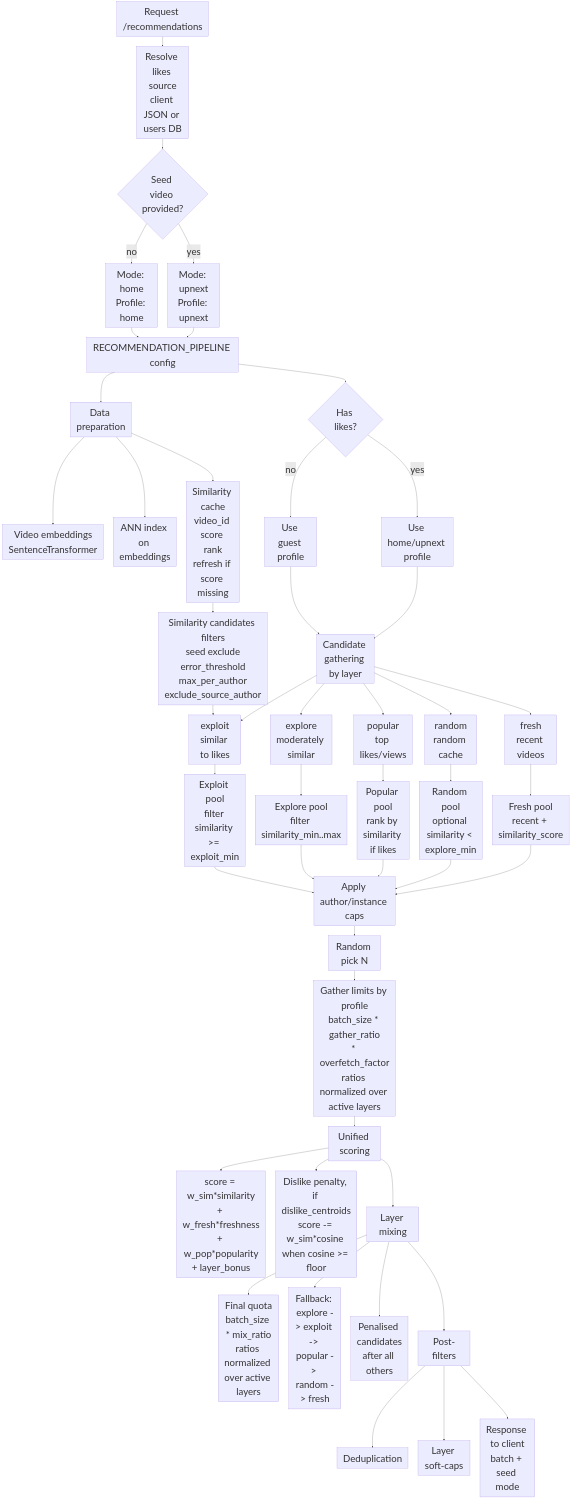
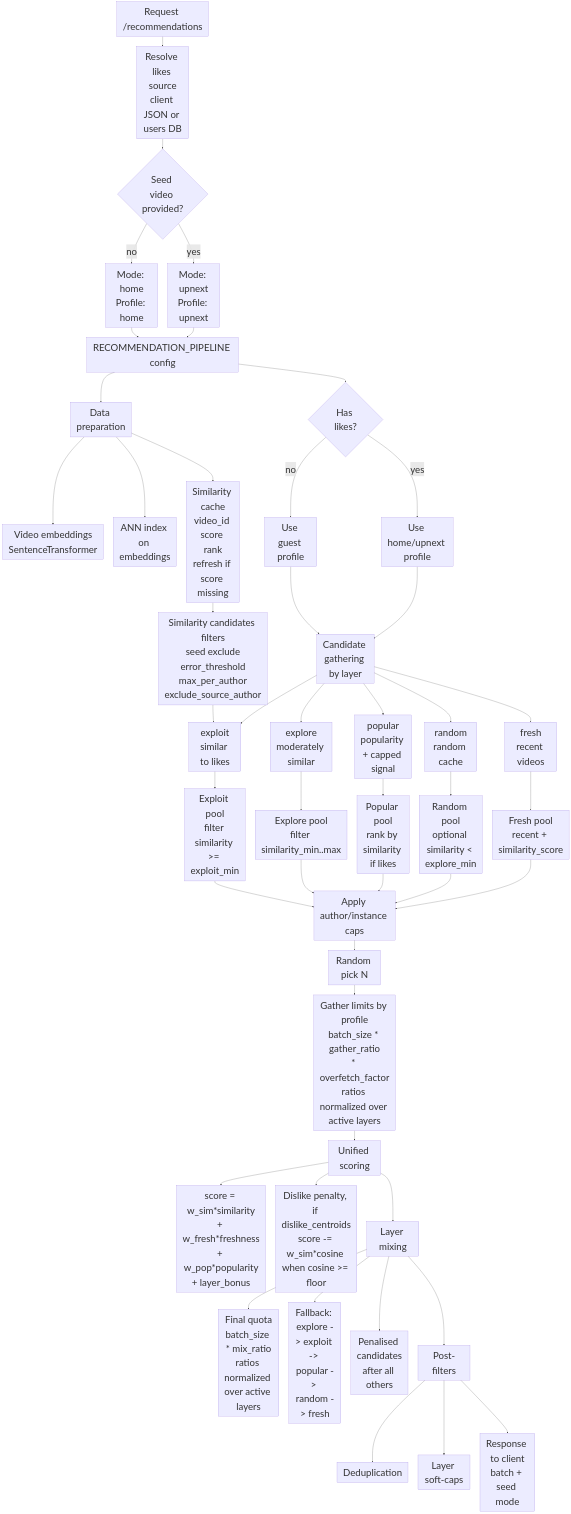
One commit to maglore9900/PeerTube-browser changed the diagram in engine/server/api/recommendations/docs/PIPELINE_DIAGRAM.md. Above: the diagram before and after it, drawn with Mermaid. The commit also changed 25 other files, not shown here.

````diff
--- a/engine/server/api/recommendations/docs/PIPELINE_DIAGRAM.md
+++ b/engine/server/api/recommendations/docs/PIPELINE_DIAGRAM.md
@@ -5,63 +5,63 @@
 ```mermaid
 %%{init: {"flowchart": {"nodeSpacing": 50, "rankSpacing": 50}, "themeVariables": {"fontSize": "48px"}}}%%
 flowchart TD
     A[Request /recommendations] --> A1[Resolve likes source<br/>client JSON or users DB]
     A1 --> B{Seed video provided?}
     B -- no --> C[Mode: home<br/>Profile: home]
     B -- yes --> D[Mode: upnext<br/>Profile: upnext]
 
     C --> E[RECOMMENDATION_PIPELINE config]
     D --> E
 
     E --> F[Data preparation]
     F --> F1[Video embeddings<br/>SentenceTransformer]
     F --> F2[ANN index on embeddings]
     F --> F3[Similarity cache<br/>video_id score rank<br/>refresh if score missing]
 
     E --> E0{Has likes?}
     E0 -- no --> E1[Use guest profile]
     E0 -- yes --> E2[Use home/upnext profile]
 
     E1 --> G[Candidate gathering by layer]
     E2 --> G
     G --> G1[exploit<br/>similar to likes]
     G --> G2[explore<br/>moderately similar]
-    G --> G3[popular<br/>top likes/views]
+    G --> G3[popular<br/>popularity + capped signal]
     G --> G4[random<br/>random cache]
     G --> G5[fresh<br/>recent videos]
 
     G1 --> H1[Exploit pool<br/>filter similarity >= exploit_min]
     G2 --> H2[Explore pool<br/>filter similarity_min..max]
     G3 --> H3[Popular pool<br/>rank by similarity if likes]
     G4 --> H4[Random pool<br/>optional similarity < explore_min]
     G5 --> H5[Fresh pool<br/>recent + similarity_score]
 
     H1 --> Hcaps[Apply author/instance caps]
     H2 --> Hcaps
     H3 --> Hcaps
     H4 --> Hcaps
     H5 --> Hcaps
 
     Hcaps --> Hr[Random pick N]
 
     F3 --> S[Similarity candidates filters<br/>seed exclude<br/>error_threshold<br/>max_per_author<br/>exclude_source_author]
     S --> G1
 
     Hr --> I[Gather limits by profile<br/>batch_size * gather_ratio<br/>* overfetch_factor<br/>ratios normalized over active layers]
 
     I --> J[Unified scoring]
     J --> J1[score = w_sim*similarity<br/>+ w_fresh*freshness<br/>+ w_pop*popularity<br/>+ layer_bonus]
     J --> J2[Dislike penalty, if dislike_centroids<br/>score -= w_sim*cosine when cosine >= floor]
 
     J --> K[Layer mixing]
     K --> K1[Final quota<br/>batch_size * mix_ratio<br/>ratios normalized over active layers]
     K --> K2[Fallback: explore -> exploit -> popular -> random -> fresh]
     K --> K3[Penalised candidates<br/>after all others]
 
     K --> L[Post-filters]
     L --> L1[Deduplication]
     L --> L2[Layer soft-caps]
 
     L --> M[Response to client<br/>batch + seed mode]
 
 ```
````
